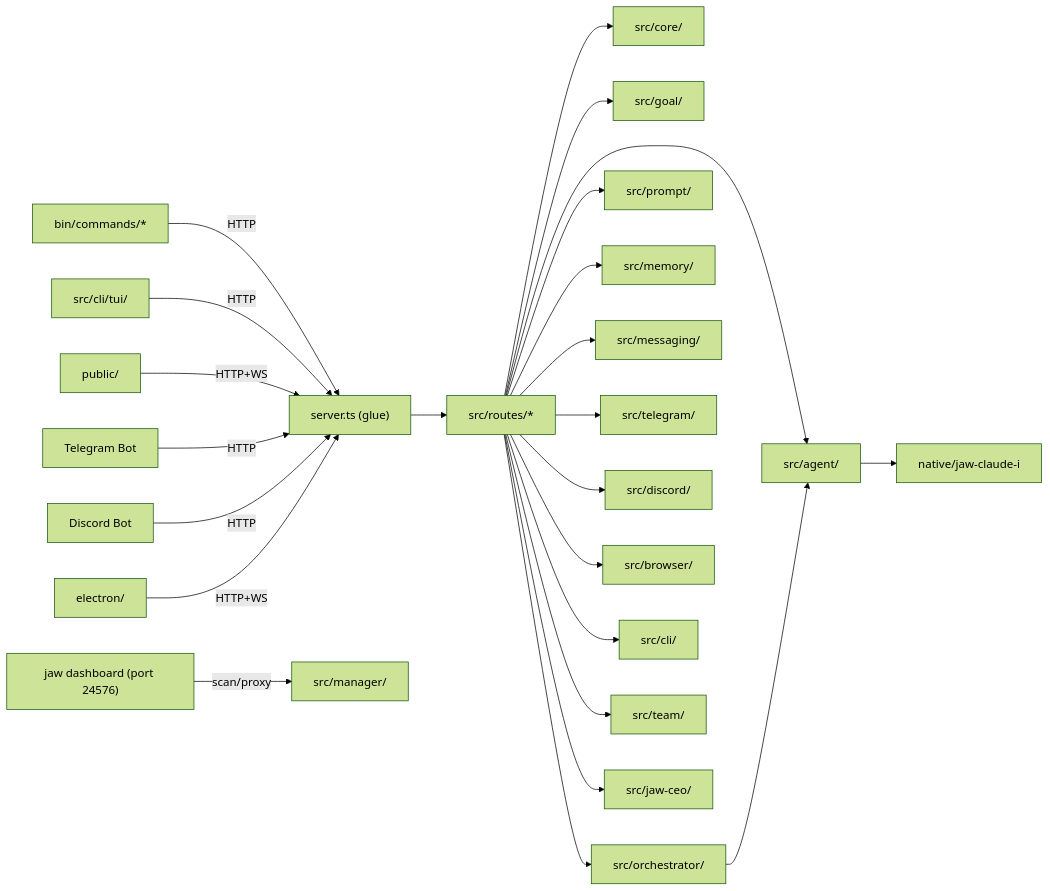
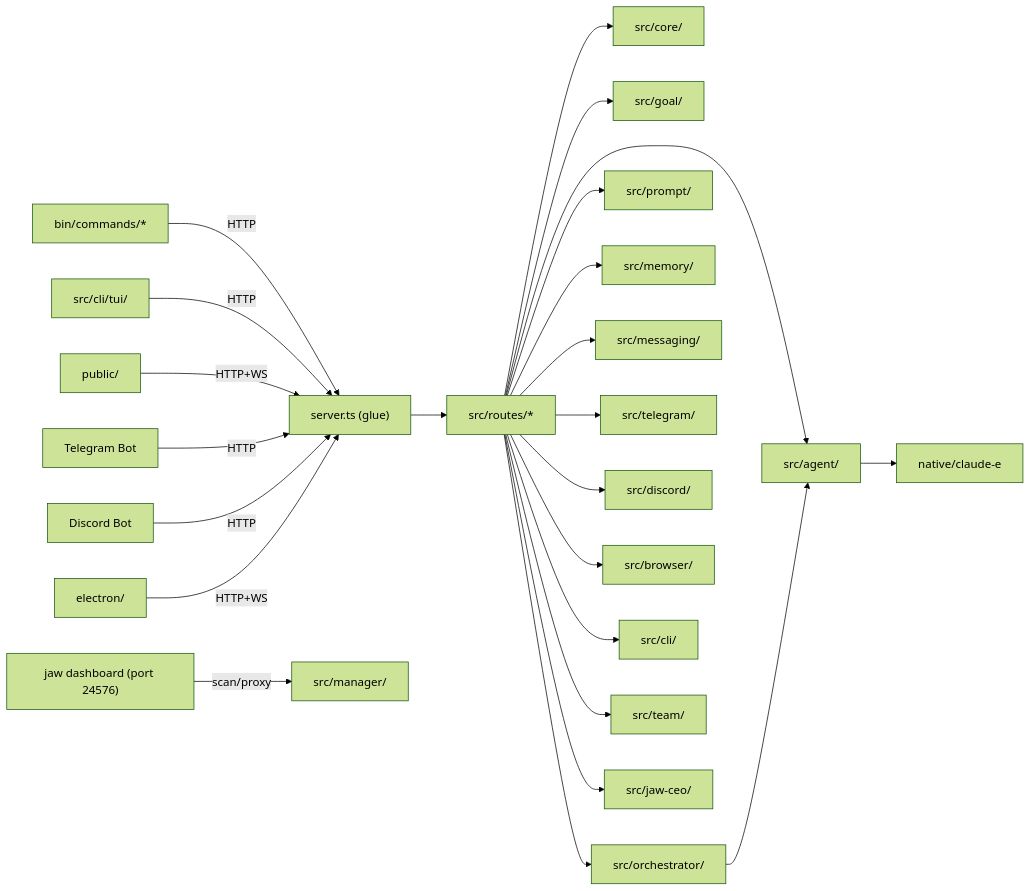
The diagram in structure/INDEX.md (bitkyc08-arch/cli-jaw), drawn with Mermaid (forest theme) before and after one commit. The commit also changed other lines of this file and 9 other files, not shown here.

Commit message:
fix(claude-e): make native helper path canonical

````diff
--- a/structure/INDEX.md
+++ b/structure/INDEX.md
@@ -17,26 +17,26 @@
 ```mermaid
 graph LR
     CLI["bin/commands/*"] -->|HTTP| SRV["server.ts (glue)"]
     TUI["src/cli/tui/"] -->|HTTP| SRV
     WEB["public/"] -->|HTTP+WS| SRV
     TG["Telegram Bot"] -->|HTTP| SRV
     DC["Discord Bot"] -->|HTTP| SRV
     ELEC["electron/"] -->|HTTP+WS| SRV
     DASH["jaw dashboard (port 24576)"] -->|scan/proxy| MGR["src/manager/"]
     SRV --> ROUTES["src/routes/*"]
     ROUTES --> CORE["src/core/"]
     ROUTES --> AGT["src/agent/"]
     ROUTES --> GOAL["src/goal/"]
     ROUTES --> ORC["src/orchestrator/"]
     ROUTES --> PRM["src/prompt/"]
     ROUTES --> MEM["src/memory/"]
     ROUTES --> MSG["src/messaging/"]
     ROUTES --> TGMOD["src/telegram/"]
     ROUTES --> DCMOD["src/discord/"]
     ROUTES --> BR["src/browser/"]
     ROUTES --> CMD["src/cli/"]
     ROUTES --> TEAM["src/team/"]
     ROUTES --> CEO["src/jaw-ceo/"]
     ORC --> AGT
-    AGT --> NATIVE["native/jaw-claude-i"]
+    AGT --> NATIVE["native/claude-e"]
 ```
````
